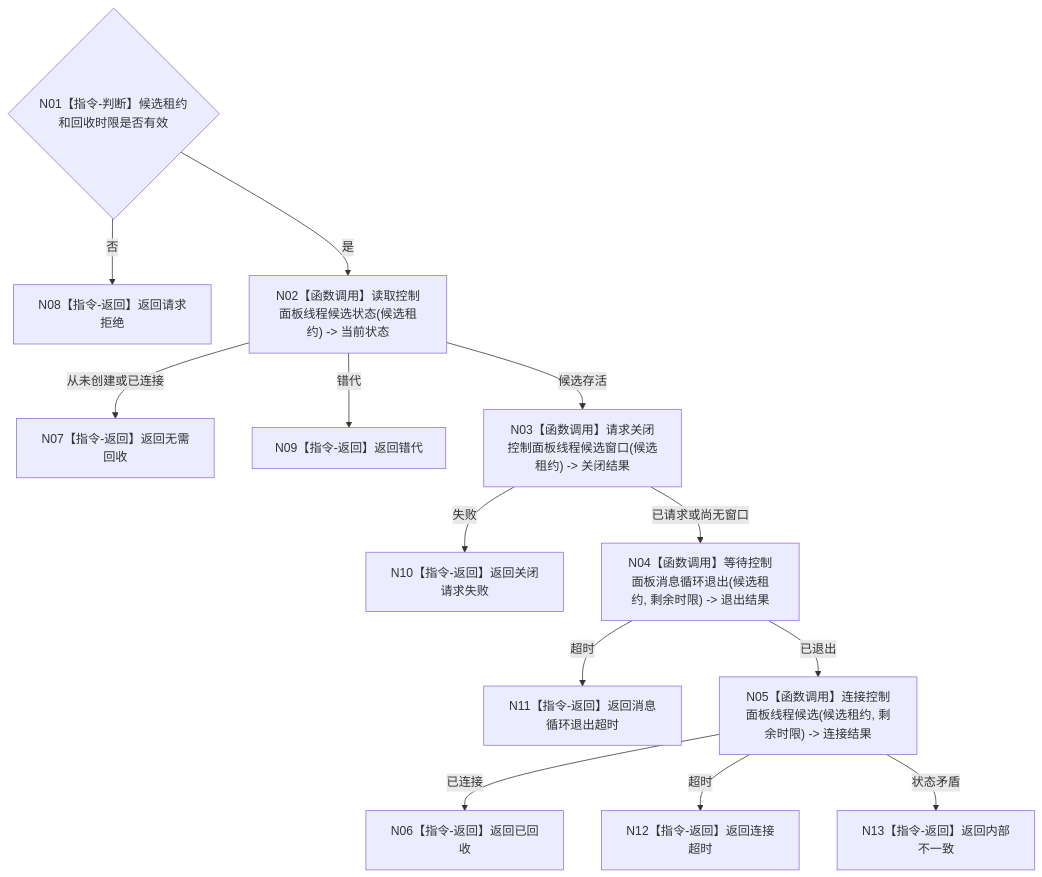
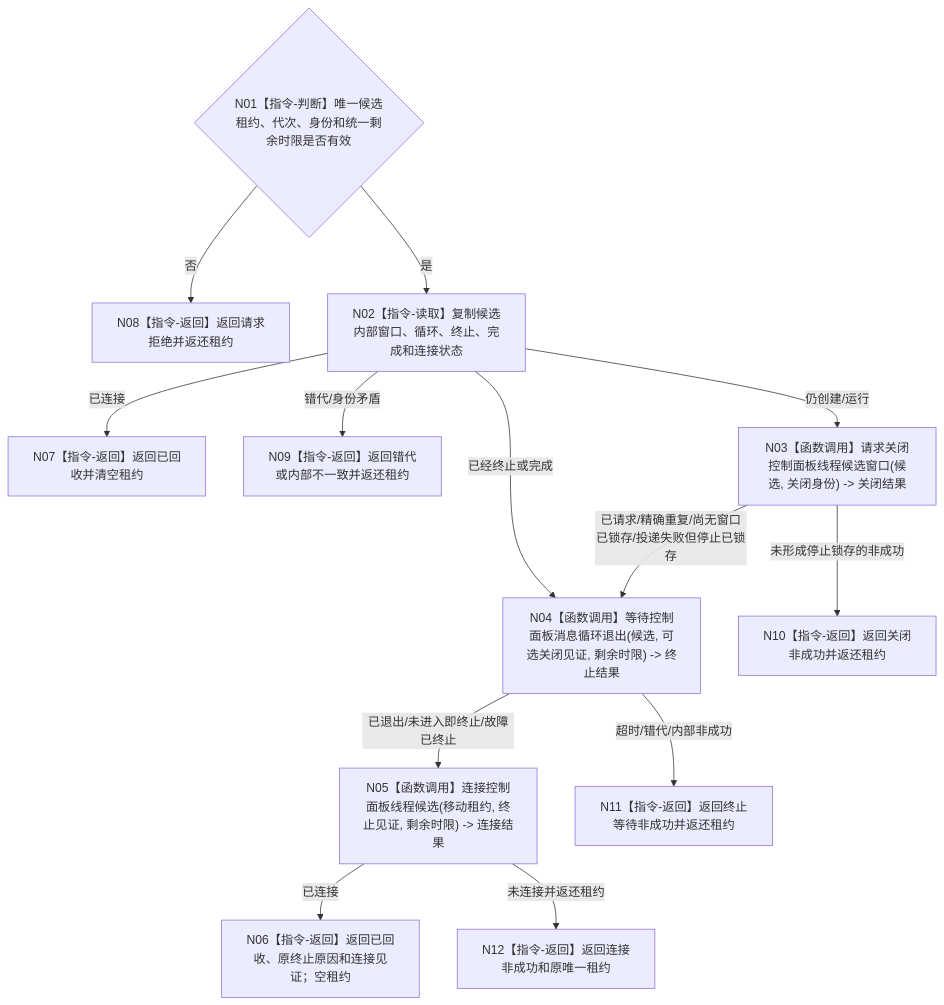
One commit to chunhaizh-cyber/HY-Ego changed the diagram in 流程图/目标业务流程图/L3/BIZ-L3-001-09-03_停止并连接控制面板线程启动候选_目标函数流程图_v0.1.md. Above: the diagram before and after it, drawn with Mermaid. The commit also changed other lines of this file and 16 other files, not shown here.

````diff
--- a/流程图/目标业务流程图/L3/BIZ-L3-001-09-03_停止并连接控制面板线程启动候选_目标函数流程图_v0.1.md
+++ b/流程图/目标业务流程图/L3/BIZ-L3-001-09-03_停止并连接控制面板线程启动候选_目标函数流程图_v0.1.md
@@ -30,15 +30,15 @@
 ```mermaid
 flowchart TD
-    N01{"N01【指令-判断】候选租约和回收时限是否有效"} -->|否| N08["N08【指令-返回】返回请求拒绝"]
-    N01 -->|是| N02["N02【函数调用】读取控制面板线程候选状态(候选租约) -> 当前状态"]
-    N02 -->|从未创建或已连接| N07["N07【指令-返回】返回无需回收"]
-    N02 -->|错代| N09["N09【指令-返回】返回错代"]
-    N02 -->|候选存活| N03["N03【函数调用】请求关闭控制面板线程候选窗口(候选租约) -> 关闭结果"]
-    N03 -->|失败| N10["N10【指令-返回】返回关闭请求失败"]
-    N03 -->|已请求或尚无窗口| N04["N04【函数调用】等待控制面板消息循环退出(候选租约, 剩余时限) -> 退出结果"]
-    N04 -->|超时| N11["N11【指令-返回】返回消息循环退出超时"]
-    N04 -->|已退出| N05["N05【函数调用】连接控制面板线程候选(候选租约, 剩余时限) -> 连接结果"]
-    N05 -->|已连接| N06["N06【指令-返回】返回已回收"]
-    N05 -->|超时| N12["N12【指令-返回】返回连接超时"]
-    N05 -->|状态矛盾| N13["N13【指令-返回】返回内部不一致"]
+    N01{"N01【指令-判断】唯一候选租约、代次、身份和统一剩余时限是否有效"} -->|否| N08["N08【指令-返回】返回请求拒绝并返还租约"]
+    N01 -->|是| N02["N02【指令-读取】复制候选内部窗口、循环、终止、完成和连接状态"]
+    N02 -->|已连接| N07["N07【指令-返回】返回已回收并清空租约"]
+    N02 -->|错代/身份矛盾| N09["N09【指令-返回】返回错代或内部不一致并返还租约"]
+    N02 -->|已经终止或完成| N04["N04【函数调用】等待控制面板消息循环退出(候选, 可选关闭见证, 剩余时限) -> 终止结果"]
+    N02 -->|仍创建/运行| N03["N03【函数调用】请求关闭控制面板线程候选窗口(候选, 关闭身份) -> 关闭结果"]
+    N03 -->|已请求/精确重复/尚无窗口已锁存/投递失败但停止已锁存| N04
+    N03 -->|未形成停止锁存的非成功| N10["N10【指令-返回】返回关闭非成功并返还租约"]
+    N04 -->|已退出/未进入即终止/故障已终止| N05["N05【函数调用】连接控制面板线程候选(移动租约, 终止见证, 剩余时限) -> 连接结果"]
+    N04 -->|超时/错代/内部非成功| N11["N11【指令-返回】返回终止等待非成功并返还租约"]
+    N05 -->|已连接| N06["N06【指令-返回】返回已回收、原终止原因和连接见证；空租约"]
+    N05 -->|未连接并返还租约| N12["N12【指令-返回】返回连接非成功和原唯一租约"]
 ```
````
